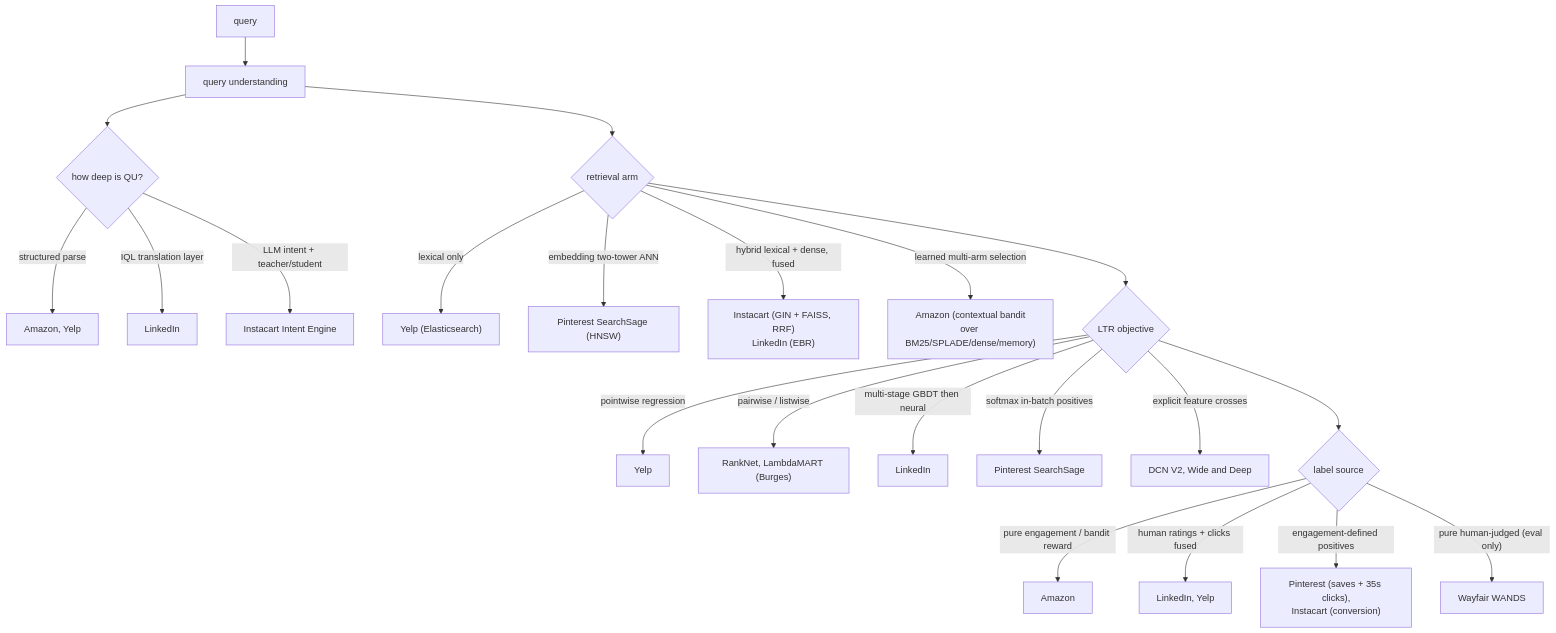
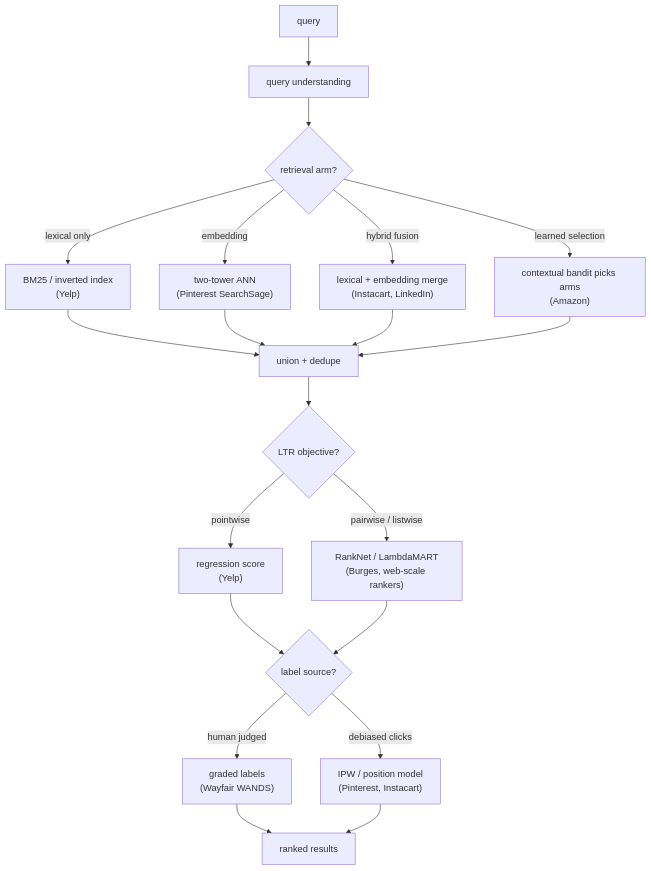
One commit to neurarch-ai/awesome-ml-system-design changed the ninth of 36 diagrams in CASE-STUDIES.md. Above: the diagram before and after it, drawn with Mermaid. The commit also changed other lines of this file, not shown here.

First line of the commit message:
CASE-STUDIES: make the similarities/differences layer visual-first

````diff
--- a/CASE-STUDIES.md
+++ b/CASE-STUDIES.md
@@ -251,27 +363,22 @@
 ```mermaid
 flowchart TD
   Q["query"] --> QU["query understanding"]
-  QU --> QUB{"how deep is QU?"}
-  QUB -->|"structured parse"| QU1["Amazon, Yelp"]
-  QUB -->|"IQL translation layer"| QU2["LinkedIn"]
-  QUB -->|"LLM intent + teacher/student"| QU3["Instacart Intent Engine"]
-
-  QU --> RET{"retrieval arm"}
-  RET -->|"lexical only"| R1["Yelp (Elasticsearch)"]
-  RET -->|"embedding two-tower ANN"| R2["Pinterest SearchSage (HNSW)"]
-  RET -->|"hybrid lexical + dense, fused"| R3["Instacart (GIN + FAISS, RRF)<br/>LinkedIn (EBR)"]
-  RET -->|"learned multi-arm selection"| R4["Amazon (contextual bandit<br/>over BM25/SPLADE/dense/memory)"]
-
-  RET --> LTR{"LTR objective"}
-  LTR -->|"pointwise regression"| L1["Yelp"]
-  LTR -->|"pairwise / listwise"| L2["RankNet, LambdaMART (Burges)"]
-  LTR -->|"multi-stage GBDT then neural"| L3["LinkedIn"]
-  LTR -->|"softmax in-batch positives"| L4["Pinterest SearchSage"]
-  LTR -->|"explicit feature crosses"| L5["DCN V2, Wide and Deep"]
-
-  LTR --> LBL{"label source"}
-  LBL -->|"pure engagement / bandit reward"| B1["Amazon"]
-  LBL -->|"human ratings + clicks fused"| B2["LinkedIn, Yelp"]
-  LBL -->|"engagement-defined positives"| B3["Pinterest (saves + 35s clicks),<br/>Instacart (conversion)"]
-  LBL -->|"pure human-judged (eval only)"| B4["Wayfair WANDS"]
+  QU --> B1{"retrieval arm?"}
+  B1 -->|"lexical only"| LEX["BM25 / inverted index<br/>(Yelp)"]
+  B1 -->|"embedding"| SEM["two-tower ANN<br/>(Pinterest SearchSage)"]
+  B1 -->|"hybrid fusion"| HYB["lexical + embedding merge<br/>(Instacart, LinkedIn)"]
+  B1 -->|"learned selection"| BAN["contextual bandit picks arms<br/>(Amazon)"]
+  LEX --> U["union + dedupe"]
+  SEM --> U
+  HYB --> U
+  BAN --> U
+  U --> B2{"LTR objective?"}
+  B2 -->|"pointwise"| PW["regression score<br/>(Yelp)"]
+  B2 -->|"pairwise / listwise"| PL["RankNet / LambdaMART<br/>(Burges, web-scale rankers)"]
+  PW --> B3{"label source?"}
+  PL --> B3
+  B3 -->|"human judged"| HJ["graded labels<br/>(Wayfair WANDS)"]
+  B3 -->|"debiased clicks"| CK["IPW / position model<br/>(Pinterest, Instacart)"]
+  HJ --> R["ranked results"]
+  CK --> R
 ```
````
